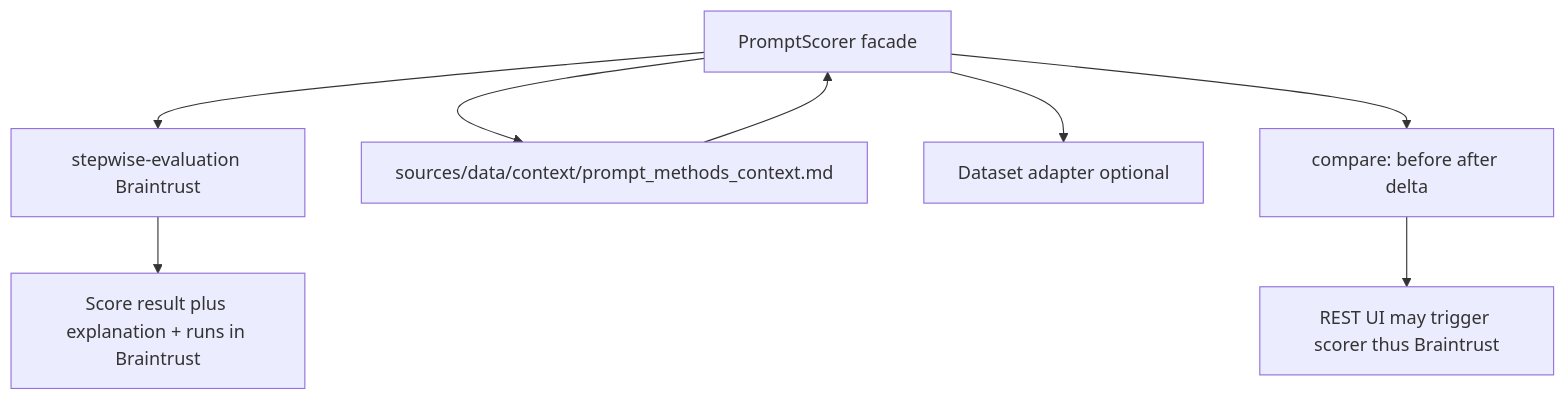
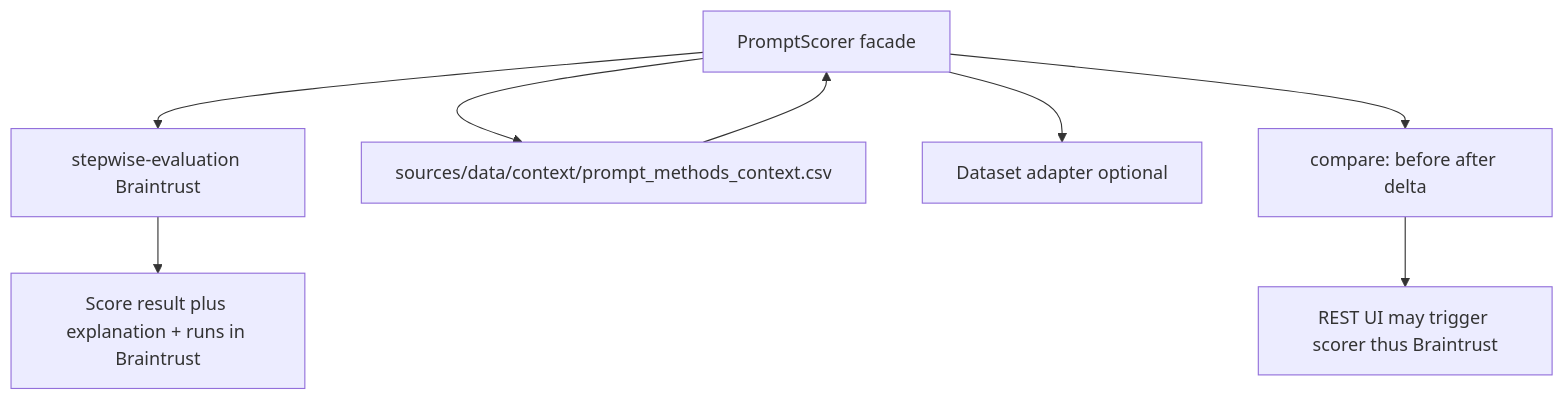
The diagram in docs/ai/design/rendered/04-prompt-scorer.mmd (trummelbummel/promptymize), drawn with Mermaid before and after one commit. The commit also changed 40 other files, not shown here.

```diff
--- a/docs/ai/design/rendered/04-prompt-scorer.mmd
+++ b/docs/ai/design/rendered/04-prompt-scorer.mmd
@@ -1,8 +1,8 @@
 graph TD
   API[PromptScorer facade] --> Stepwise[stepwise-evaluation Braintrust]
-  API --> CtxMD[sources/data/context/prompt_methods_context.md]
-  CtxMD --> API
+  API --> CtxCSV[sources/data/context/prompt_methods_context.csv]
+  CtxCSV --> API
   API --> Data[Dataset adapter optional]
   Stepwise --> Out[Score result plus explanation + runs in Braintrust]
   API --> Cmp[compare: before after delta]
   Cmp --> UI[REST UI may trigger scorer thus Braintrust]
```
